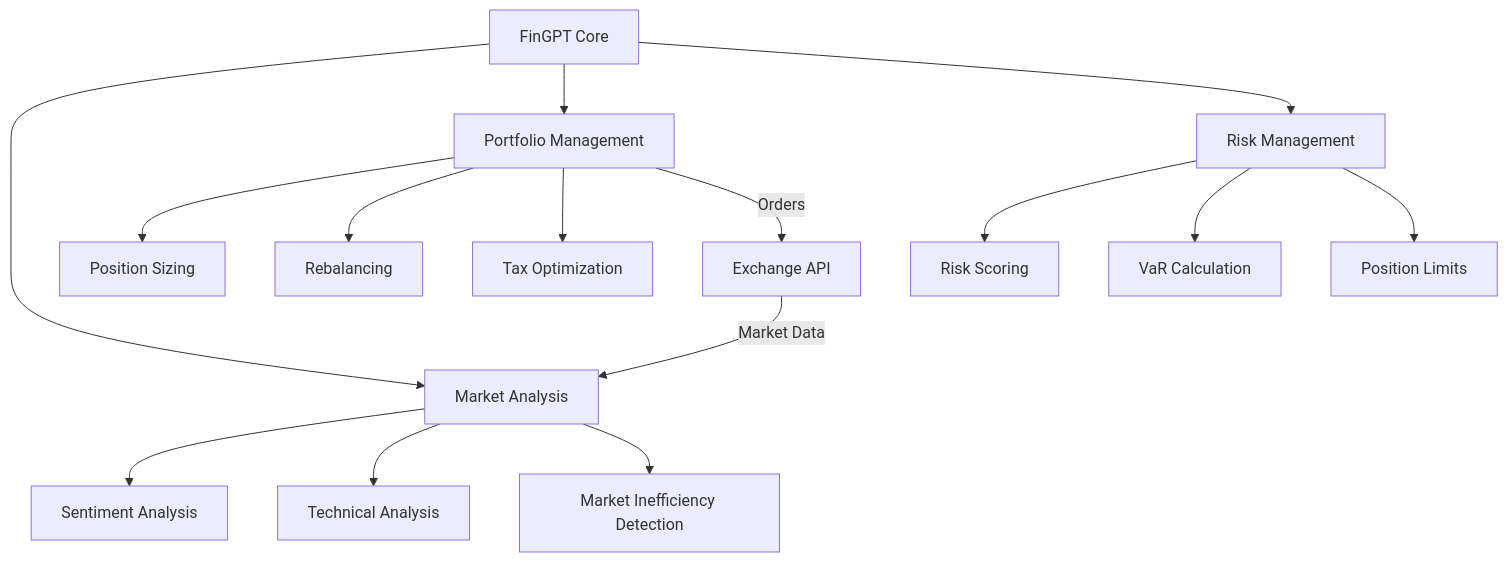
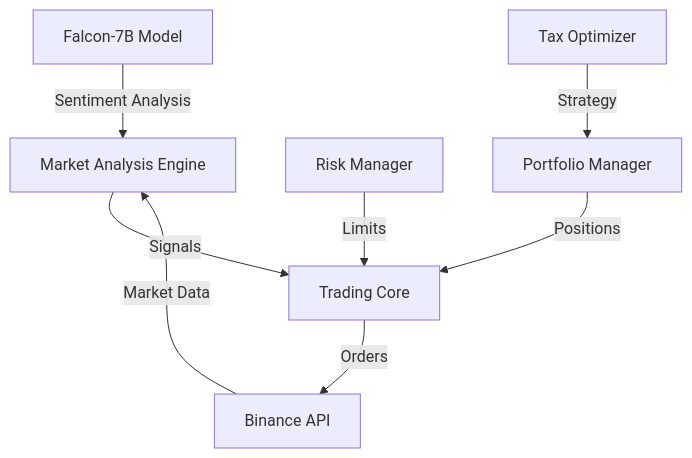
Before and after one commit to ashioyajotham/fingpt_trader: the diagram in README.md, drawn with Mermaid. The commit also changed other lines of this file and 1 other file, not shown here.

````diff
--- a/README.md
+++ b/README.md
@@ -7,21 +41,10 @@
 ```mermaid
 graph TD
-    A[FinGPT Core] --> B[Market Analysis]
-    A --> C[Portfolio Management]
-    A --> D[Risk Management]
-    
-    B --> B1[Sentiment Analysis]
-    B --> B2[Technical Analysis]
-    B --> B3[Market Inefficiency Detection]
-    
-    C --> C1[Position Sizing]
-    C --> C2[Rebalancing]
-    C --> C3[Tax Optimization]
-    
-    D --> D1[Risk Scoring]
-    D --> D2[VaR Calculation]
-    D --> D3[Position Limits]
-
-    E[Exchange API] --> |Market Data| B
-    C --> |Orders| E
+    A[Falcon-7B Model] -->|Sentiment Analysis| B[Market Analysis Engine]
+    B -->|Signals| C[Trading Core]
+    D[Binance API] -->|Market Data| B
+    C -->|Orders| D
+    E[Risk Manager] -->|Limits| C
+    F[Portfolio Manager] -->|Positions| C
+    G[Tax Optimizer] -->|Strategy| F
 ```
````
